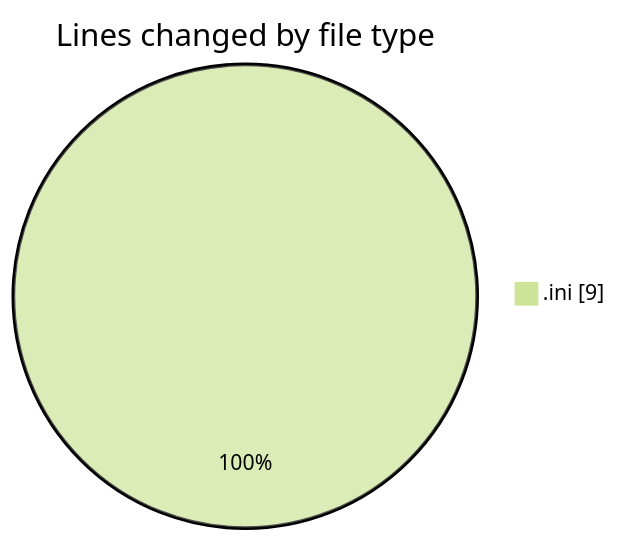
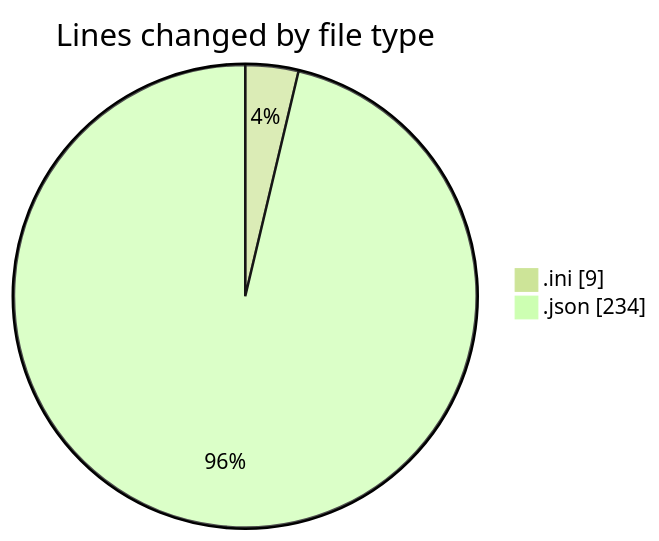
The first of 2 diagrams in 2025-04-27/crud-filament/README.md (idhammustaqopulfikri/code-tracking), drawn with Mermaid (forest theme) before and after one commit. The commit also changed other lines of this file and 1 other file, not shown here.

````diff
--- a/2025-04-27/crud-filament/README.md
+++ b/2025-04-27/crud-filament/README.md
@@ -20,5 +21,6 @@
 ```mermaid
 pie showData
 title Lines changed by file type
 ".ini" : 9
+".json" : 234
 ```
````
